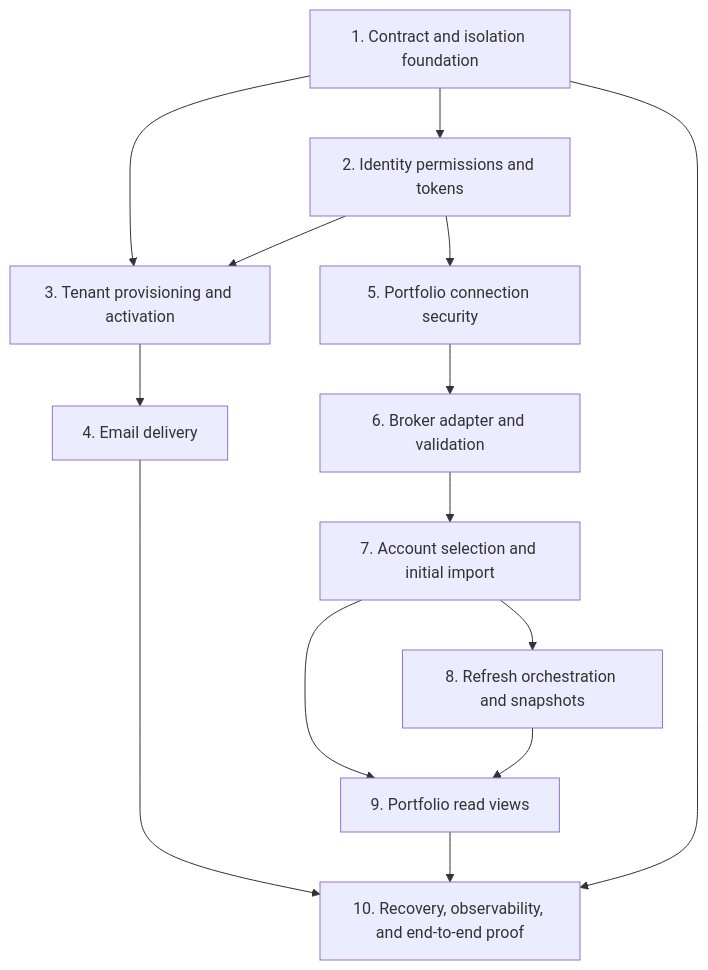
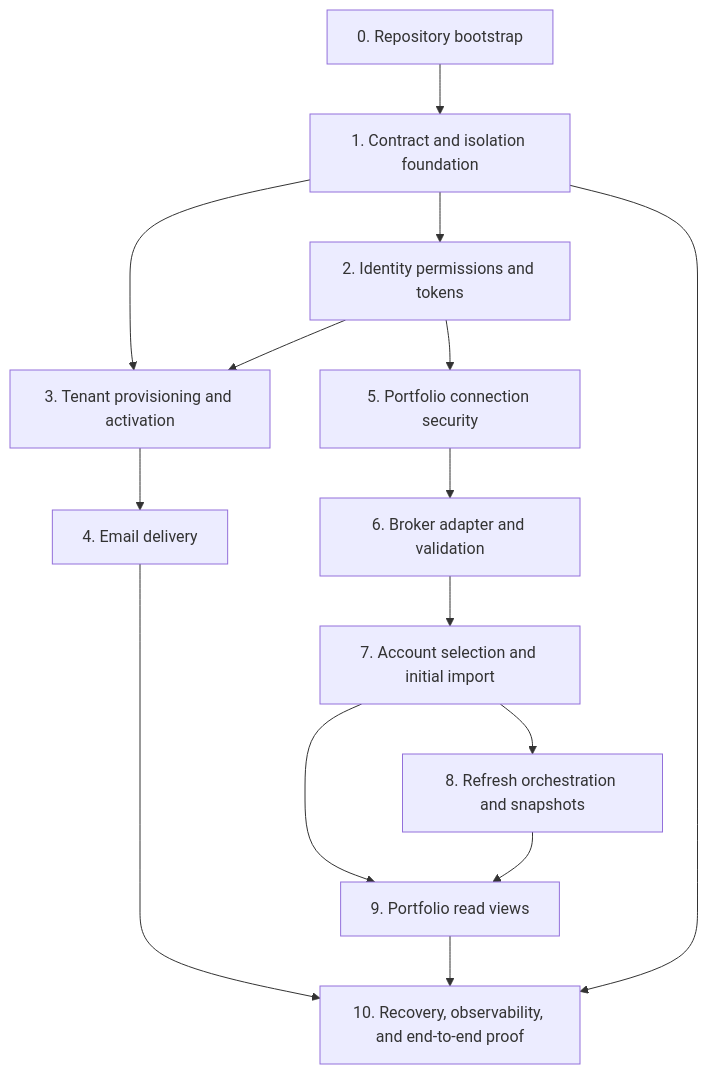
The diagram in knowledge/vertical-slices/portfolio-foundation/implementation-and-readiness.md (vineralex/InvestorAI_V1), drawn with Mermaid before and after one commit. The commit also changed other lines of this file and 2 other files, not shown here.

Commit message:
docs: record portfolio bootstrap decisions

````diff
--- a/knowledge/vertical-slices/portfolio-foundation/implementation-and-readiness.md
+++ b/knowledge/vertical-slices/portfolio-foundation/implementation-and-readiness.md
@@ -17,27 +30,29 @@
 ```mermaid
 flowchart TD
+    Z[0. Repository bootstrap]
     A[1. Contract and isolation foundation]
     B[2. Identity permissions and tokens]
     C[3. Tenant provisioning and activation]
     D[4. Email delivery]
     E[5. Portfolio connection security]
     F[6. Broker adapter and validation]
     G[7. Account selection and initial import]
     H[8. Refresh orchestration and snapshots]
     I[9. Portfolio read views]
     J[10. Recovery, observability, and end-to-end proof]
 
+    Z --> A
     A --> B
     A --> C
     B --> C
     C --> D
     B --> E
     E --> F
     F --> G
     G --> H
     G --> I
     H --> I
     D --> J
     I --> J
     A --> J
 ```
````
